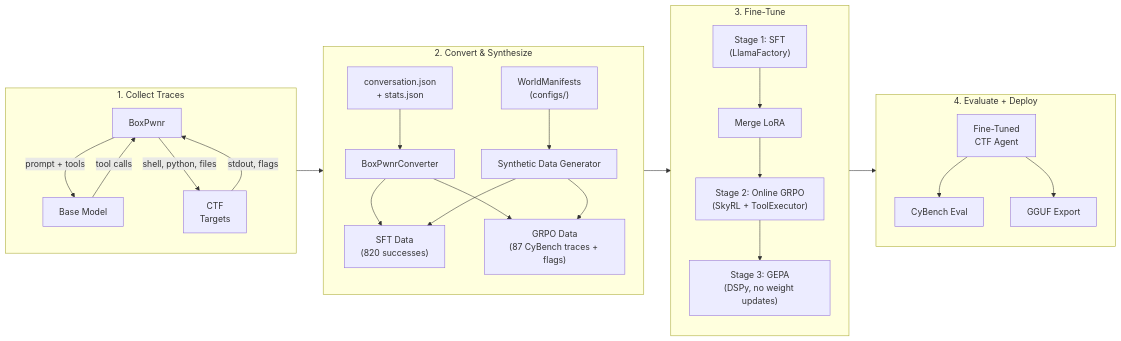
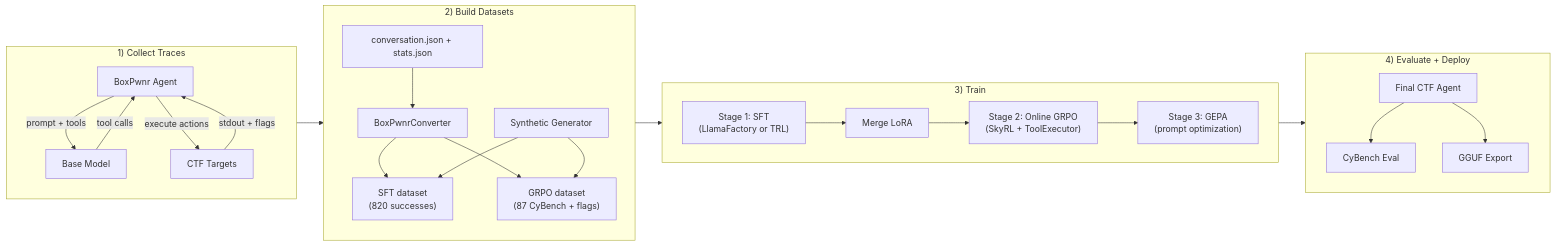
The first of 3 diagrams in README.md (westonbrown/open-ctf-env), drawn with Mermaid before and after one commit. The commit also changed other lines of this file and 2 other files, not shown here.

Commit message:
refined docs;

````diff
--- a/README.md
+++ b/README.md
@@ -18,33 +18,31 @@
 ```mermaid
 flowchart LR
-    subgraph collect["1. Collect Traces"]
-        scaffold["BoxPwnr"] -- "prompt + tools" --> llm["Base Model"]
-        llm -- "tool calls" --> scaffold
-        scaffold -- "shell, python, files" --> challenges["CTF\nTargets"]
-        challenges -- "stdout, flags" --> scaffold
+    subgraph collect["1) Collect Traces"]
+        box["BoxPwnr Agent"] -- "prompt + tools" --> model["Base Model"]
+        model -- "tool calls" --> box
+        box -- "execute actions" --> targets["CTF Targets"]
+        targets -- "stdout + flags" --> box
     end
 
-    subgraph convert["2. Convert & Synthesize"]
-        traces["conversation.json\n+ stats.json"] --> converter["BoxPwnrConverter"]
-        converter --> sft_data["SFT Data\n(820 successes)"]
-        converter --> grpo_data["GRPO Data\n(87 CyBench traces + flags)"]
-
-        synth_manifest["WorldManifests\n(configs/)"] --> synth["Synthetic Data Generator"]
-        synth --> sft_data
+    subgraph convert["2) Build Datasets"]
+        traces["conversation.json + stats.json"] --> converter["BoxPwnrConverter"]
+        converter --> sft_data["SFT dataset<br/>(820 successes)"]
+        converter --> grpo_data["GRPO dataset<br/>(87 CyBench + flags)"]
+        synth["Synthetic Generator"] --> sft_data
         synth --> grpo_data
     end
 
-    subgraph train["3. Fine-Tune"]
-        direction TB
-        sft["Stage 1: SFT\n(LlamaFactory)"] --> merge["Merge LoRA"]
-        merge --> grpo["Stage 2: Online GRPO\n(SkyRL + ToolExecutor)"]
-        grpo --> gepa["Stage 3: GEPA\n(DSPy, no weight updates)"]
+    subgraph train["3) Train"]
+        direction LR
+        sft["Stage 1: SFT<br/>(LlamaFactory or TRL)"] --> merge["Merge LoRA"]
+        merge --> grpo["Stage 2: Online GRPO<br/>(SkyRL + ToolExecutor)"]
+        grpo --> gepa["Stage 3: GEPA<br/>(prompt optimization)"]
     end
 
-    subgraph deploy["4. Evaluate + Deploy"]
-        eval_model["Fine-Tuned\nCTF Agent"] --> eval_bench["CyBench Eval"]
-        eval_model --> export["GGUF Export"]
+    subgraph deploy["4) Evaluate + Deploy"]
+        final_model["Final CTF Agent"] --> eval_bench["CyBench Eval"]
+        final_model --> export["GGUF Export"]
     end
 
     collect --> convert --> train --> deploy
 ```
````
